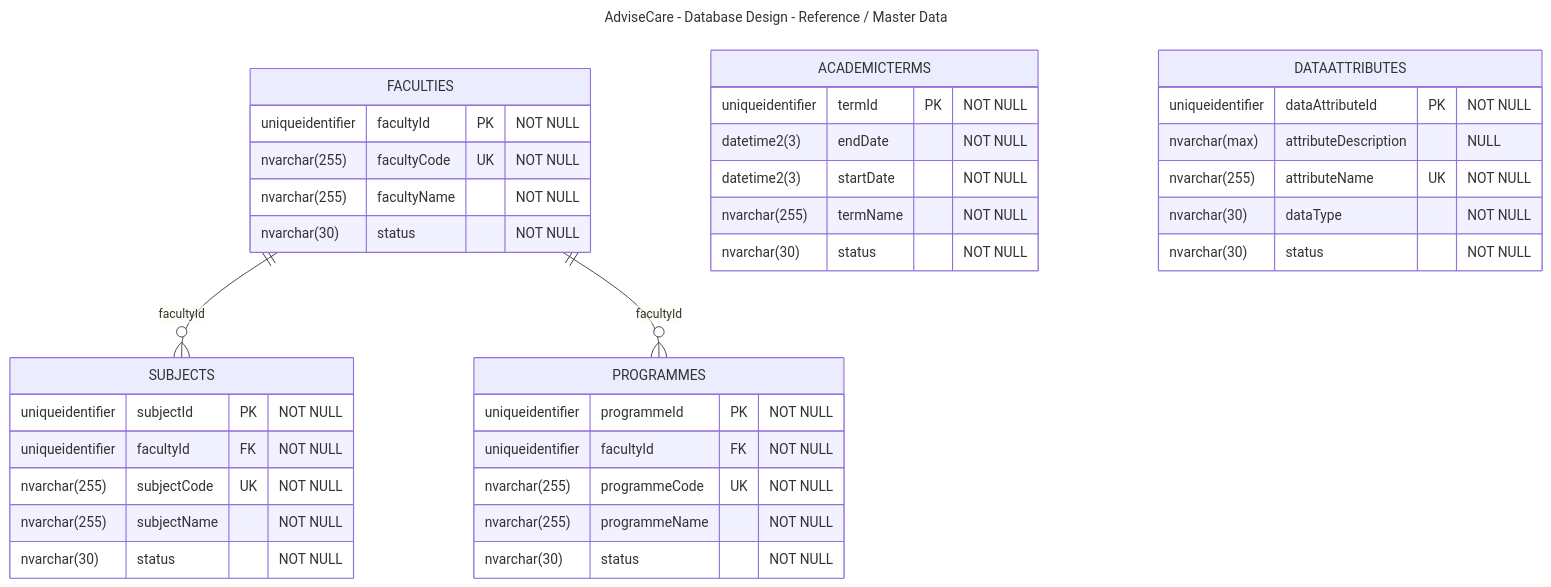
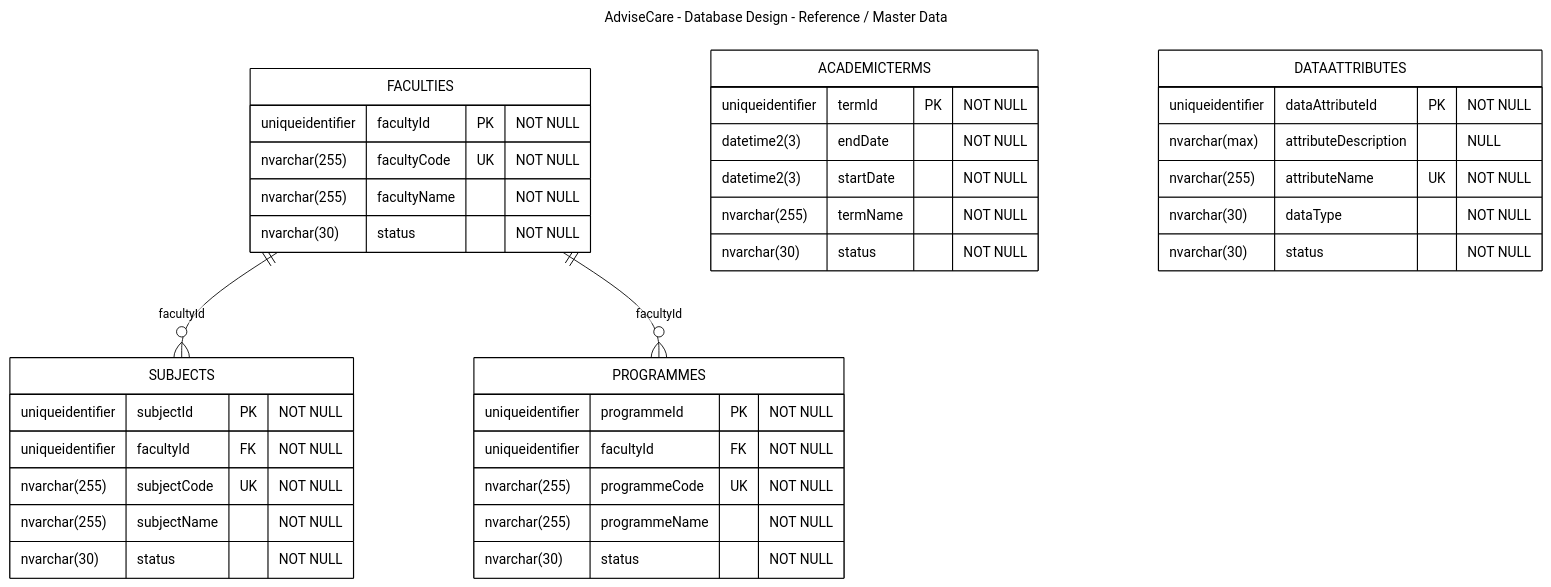
The diagram in Mermaid/Report 4/Database Design/Database_Design_2_Reference_Master_Data.mmd (DanieLsvenn/AdviseCare), drawn with Mermaid before and after one commit. The commit also changed 54 other files, not shown here.

Commit message:
Unify Class Diagrams format

```diff
--- a/Mermaid/Report 4/Database Design/Database_Design_2_Reference_Master_Data.mmd
+++ b/Mermaid/Report 4/Database Design/Database_Design_2_Reference_Master_Data.mmd
@@ -1,40 +1,41 @@
 ---
 title: AdviseCare - Database Design - Reference / Master Data
 ---
+%%{init: {"theme":"base","themeVariables":{"background":"#ffffff","textColor":"#000000","primaryColor":"#ffffff","primaryTextColor":"#000000","primaryBorderColor":"#000000","secondaryColor":"#ffffff","secondaryTextColor":"#000000","secondaryBorderColor":"#000000","tertiaryColor":"#ffffff","tertiaryTextColor":"#000000","tertiaryBorderColor":"#000000","lineColor":"#000000","mainBkg":"#ffffff","secondBkg":"#ffffff","nodeBorder":"#000000","clusterBkg":"#ffffff","clusterBorder":"#000000","defaultLinkColor":"#000000","actorBkg":"#ffffff","actorBorder":"#000000","actorTextColor":"#000000","actorLineColor":"#000000","signalColor":"#000000","signalTextColor":"#000000","labelBoxBkgColor":"#ffffff","labelBoxBorderColor":"#000000","labelTextColor":"#000000","noteBkgColor":"#ffffff","noteBorderColor":"#000000","noteTextColor":"#000000","activationBkgColor":"#ffffff","activationBorderColor":"#000000","sequenceNumberColor":"#000000","attributeBackgroundColor":"#ffffff","classBackground":"#ffffff","classBorder":"#000000"}}}%%
 erDiagram
     FACULTIES {
         uniqueidentifier facultyId PK "NOT NULL"
         nvarchar(255) facultyCode UK "NOT NULL"
         nvarchar(255) facultyName "NOT NULL"
         nvarchar(30) status "NOT NULL"
     }
     PROGRAMMES {
         uniqueidentifier programmeId PK "NOT NULL"
         uniqueidentifier facultyId FK "NOT NULL"
         nvarchar(255) programmeCode UK "NOT NULL"
         nvarchar(255) programmeName "NOT NULL"
         nvarchar(30) status "NOT NULL"
     }
     ACADEMICTERMS {
         uniqueidentifier termId PK "NOT NULL"
         datetime2(3) endDate "NOT NULL"
         datetime2(3) startDate "NOT NULL"
         nvarchar(255) termName "NOT NULL"
         nvarchar(30) status "NOT NULL"
     }
     SUBJECTS {
         uniqueidentifier subjectId PK "NOT NULL"
         uniqueidentifier facultyId FK "NOT NULL"
         nvarchar(255) subjectCode UK "NOT NULL"
         nvarchar(255) subjectName "NOT NULL"
         nvarchar(30) status "NOT NULL"
     }
     DATAATTRIBUTES {
         uniqueidentifier dataAttributeId PK "NOT NULL"
         nvarchar(max) attributeDescription "NULL"
         nvarchar(255) attributeName UK "NOT NULL"
         nvarchar(30) dataType "NOT NULL"
         nvarchar(30) status "NOT NULL"
     }
     FACULTIES ||--o{ SUBJECTS : "facultyId"
     FACULTIES ||--o{ PROGRAMMES : "facultyId"
```
